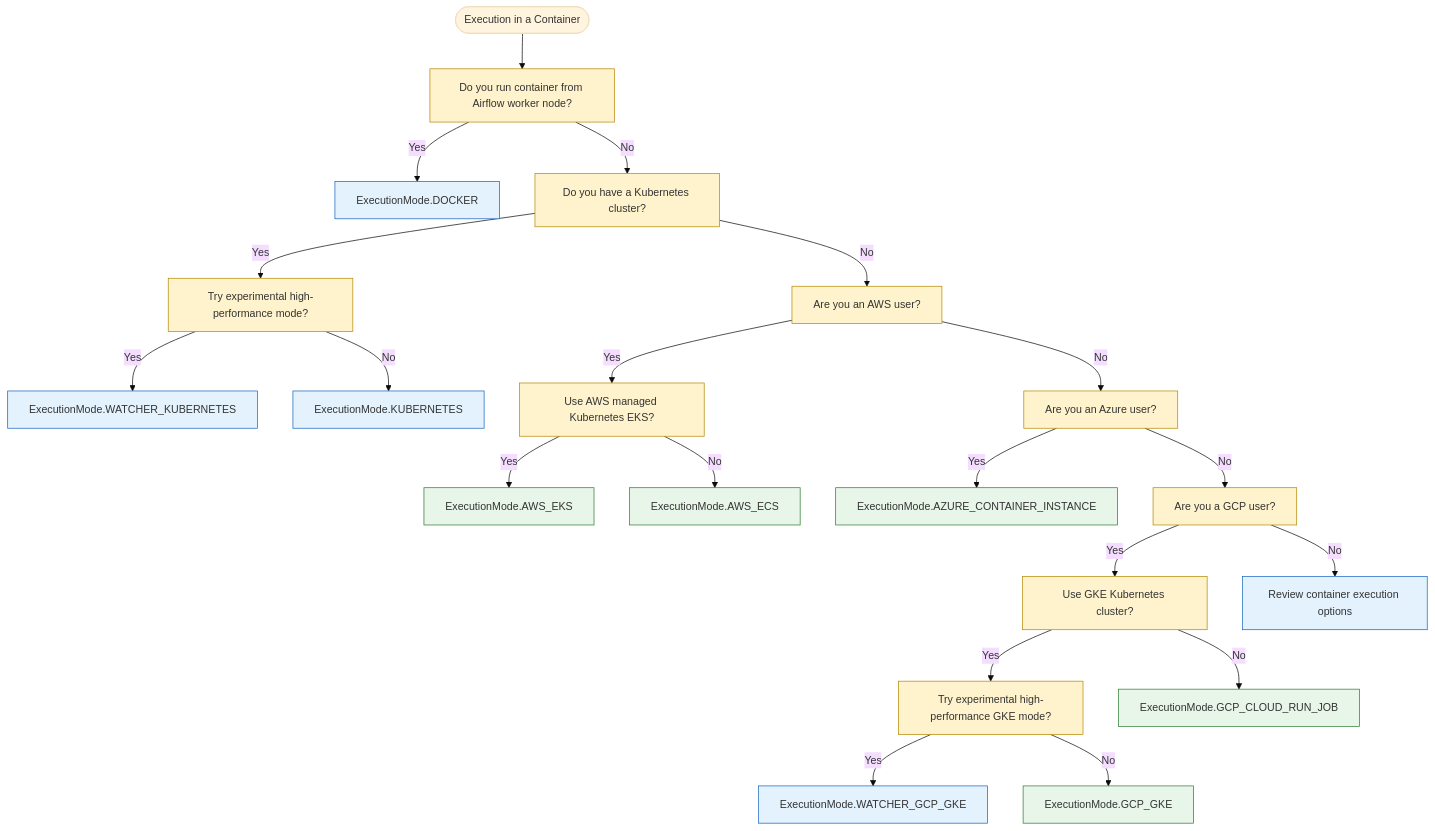
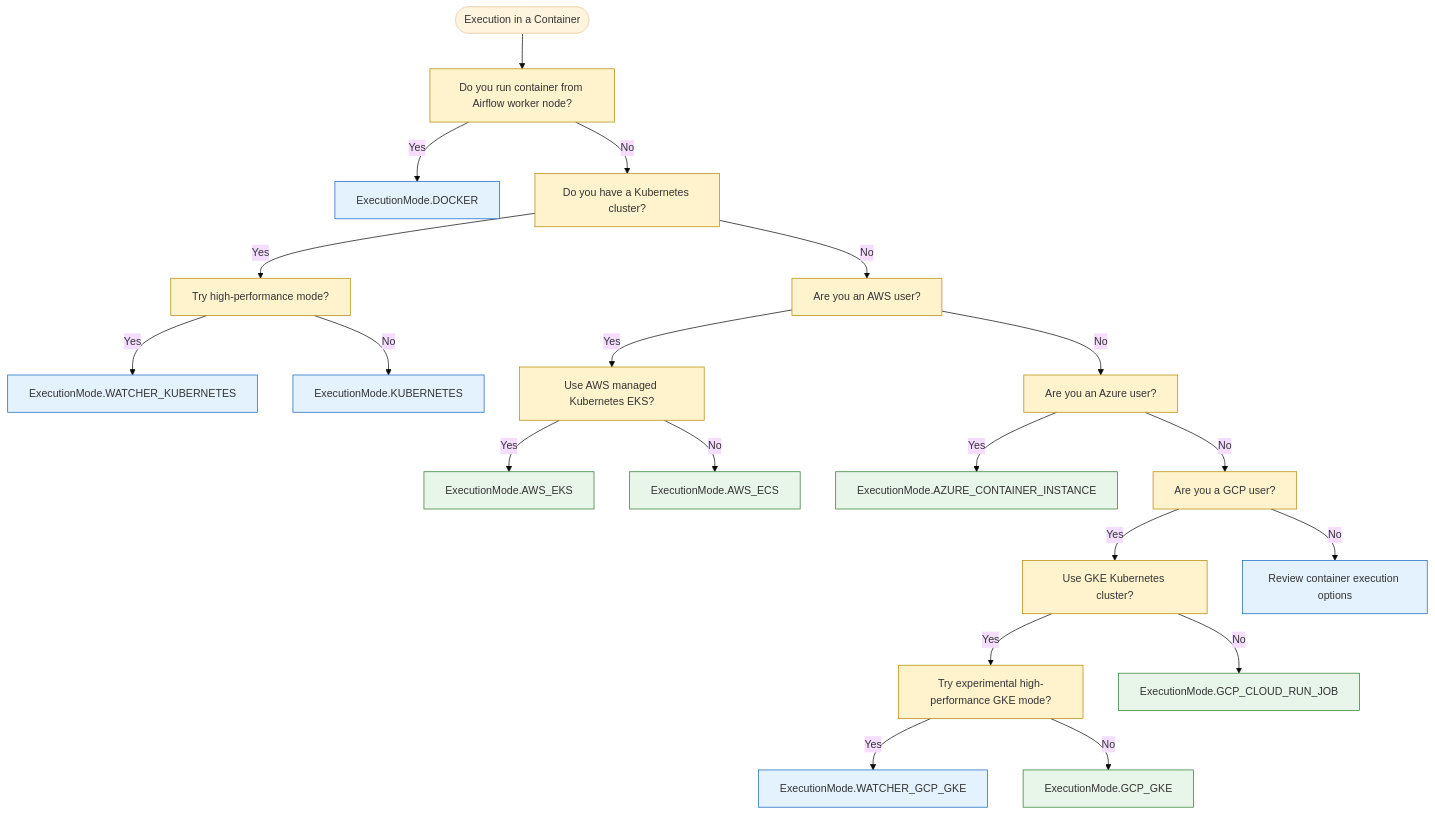
Before and after one commit to astronomer/astronomer-cosmos: the third of 3 diagrams in docs/guides/run_dbt/execution-modes.rst, drawn with Mermaid. The commit also changed other lines of this file and 4 other files, not shown here.

```diff
--- a/docs/guides/run_dbt/execution-modes.rst
+++ b/docs/guides/run_dbt/execution-modes.rst
@@ -157,69 +157,69 @@
 .. mermaid::
 
   %%{init: {'theme':'base', 'themeVariables': { 'fontSize': '15px'}}}%%
   flowchart TD
 
     A([Execution in a Container])
 
     B[Do you run container from Airflow worker node?]
     C[ExecutionMode.DOCKER]
 
     D[Do you have a Kubernetes cluster?]
 
-    E[Try experimental high-performance mode?]
+    E[Try high-performance mode?]
     F[ExecutionMode.WATCHER_KUBERNETES]
 
     G[ExecutionMode.KUBERNETES]
 
     H[Are you an AWS user?]
     I[Use AWS managed Kubernetes EKS?]
     J[ExecutionMode.AWS_EKS]
     K[ExecutionMode.AWS_ECS]
 
     L[Are you an Azure user?]
     M[ExecutionMode.AZURE_CONTAINER_INSTANCE]
 
     N[Are you a GCP user?]
     O[Use GKE Kubernetes cluster?]
     P[Try experimental high-performance GKE mode?]
     Q[ExecutionMode.WATCHER_GCP_GKE]
     R[ExecutionMode.GCP_GKE]
     S[ExecutionMode.GCP_CLOUD_RUN_JOB]
 
     T[Review container execution options]
 
     A --> B
     B -->|Yes| C
     B -->|No| D
 
     D -->|Yes| E
     D -->|No| H
 
     E -->|Yes| F
     E -->|No| G
 
     H -->|Yes| I
     H -->|No| L
 
     I -->|Yes| J
     I -->|No| K
 
     L -->|Yes| M
     L -->|No| N
 
     N -->|Yes| O
     N -->|No| T
 
     O -->|Yes| P
     O -->|No| S
 
     P -->|Yes| Q
     P -->|No| R
 
     classDef decision fill:#fff3cd,stroke:#b58900,color:#333
     classDef action fill:#e8f5e9,stroke:#2e7d32,color:#333
     classDef result fill:#e3f2fd,stroke:#1565c0,color:#333
 
     class B,D,E,H,I,L,N,O,P decision
     class J,K,M,R,S action
     class C,F,G,Q,T result
```
